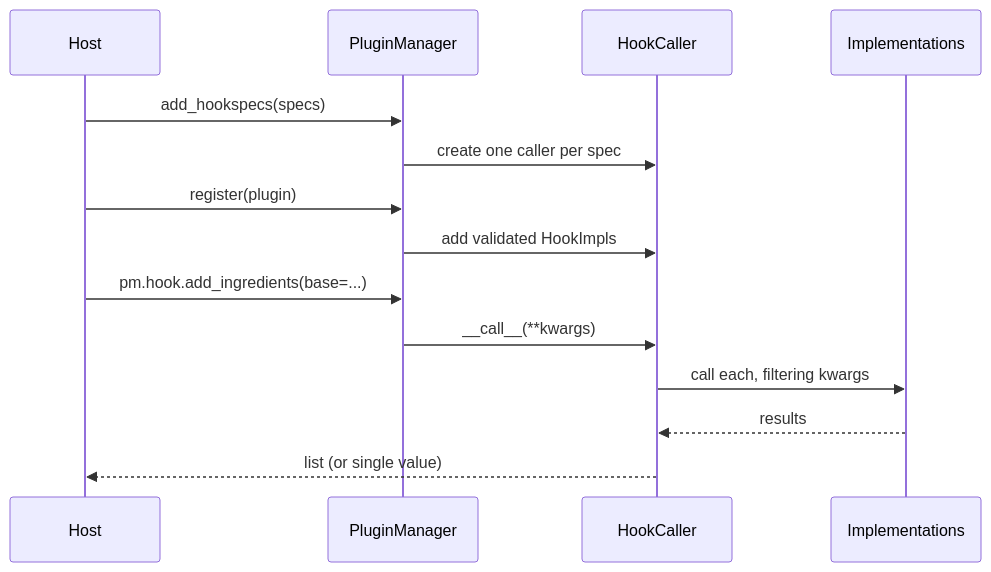
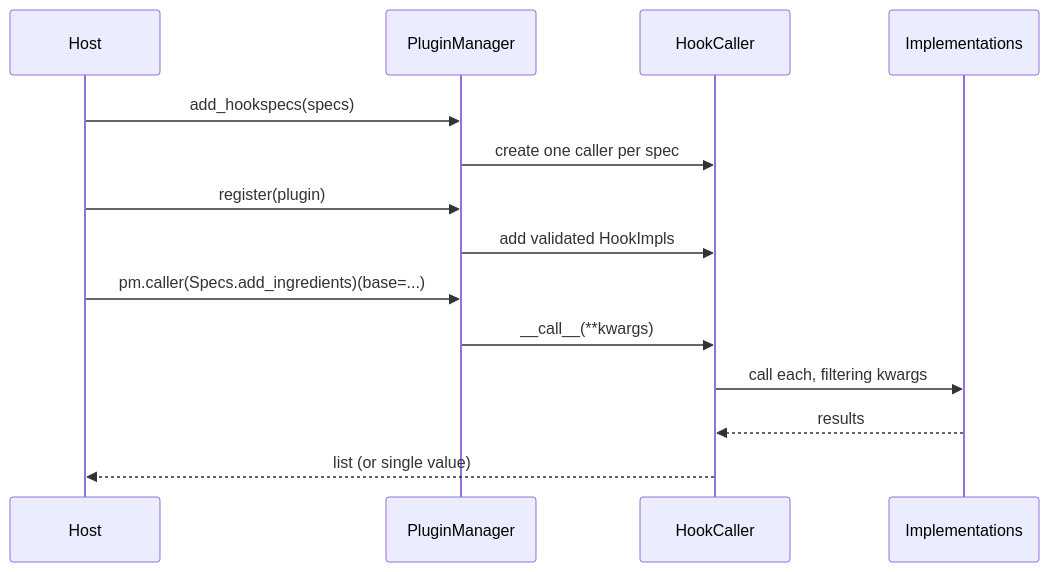
The diagram in docs/concepts/plugin-manager.md (winterop-com/pluginkit), drawn with Mermaid before and after one commit. The commit also changed other lines of this file and 27 other files, not shown here.

````diff
--- a/docs/concepts/plugin-manager.md
+++ b/docs/concepts/plugin-manager.md
@@ -8,16 +8,16 @@
 ```mermaid
 sequenceDiagram
     participant Host
     participant PM as PluginManager
     participant HC as HookCaller
     participant Impl as Implementations
     Host->>PM: add_hookspecs(specs)
     PM->>HC: create one caller per spec
     Host->>PM: register(plugin)
     PM->>HC: add validated HookImpls
-    Host->>PM: pm.hook.add_ingredients(base=...)
+    Host->>PM: pm.caller(Specs.add_ingredients)(base=...)
     PM->>HC: __call__(**kwargs)
     HC->>Impl: call each, filtering kwargs
     Impl-->>HC: results
     HC-->>Host: list (or single value)
 ```
````
